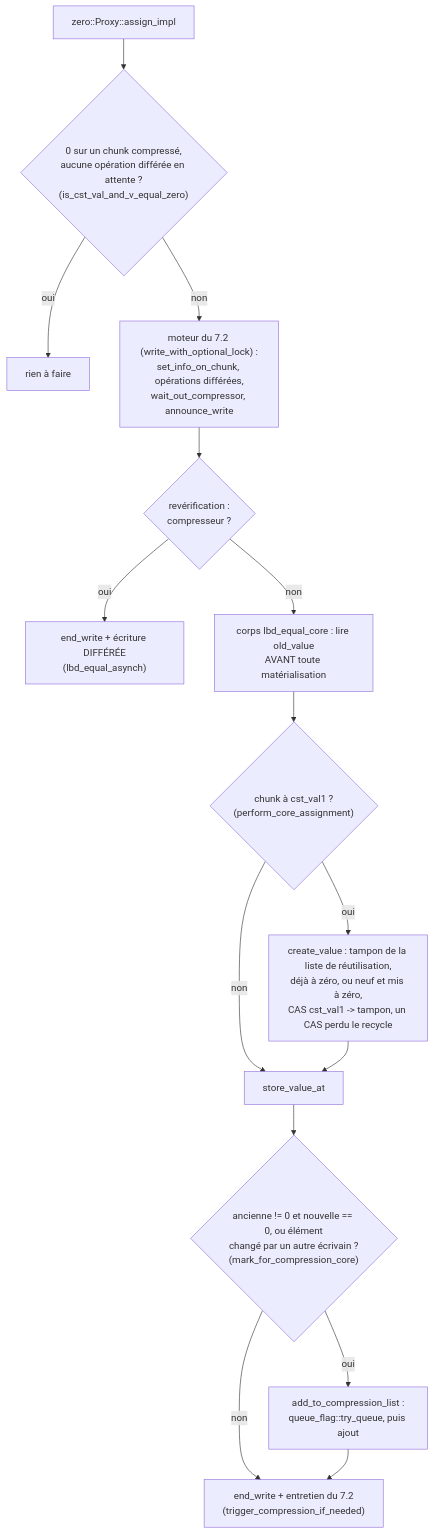
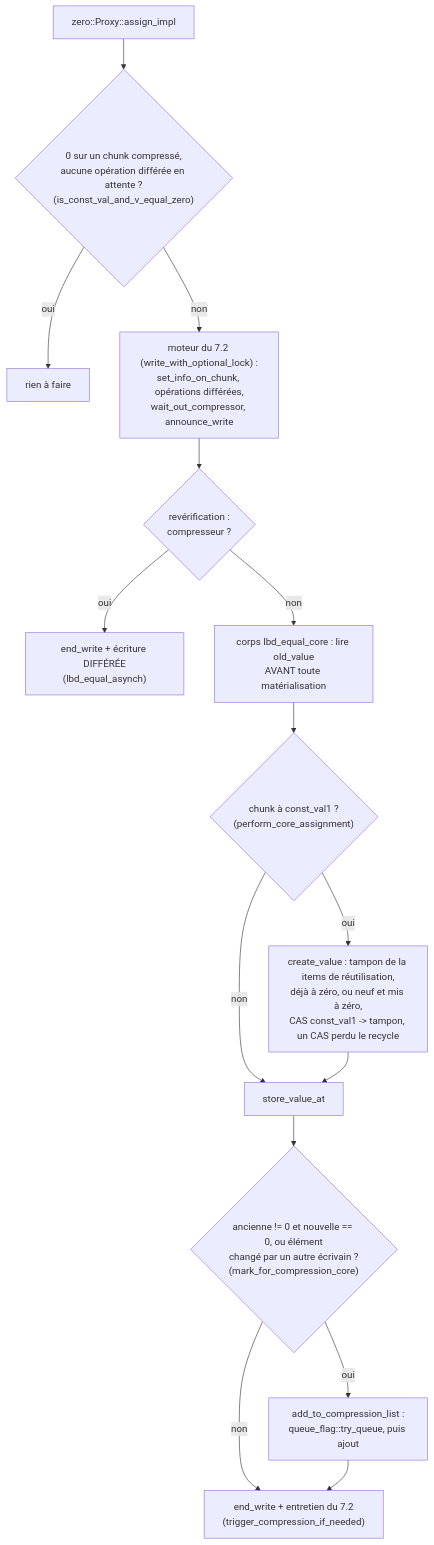
Before and after one commit to cea-hpc/shrink-array: the first of 2 diagrams in docs/algo_zero_fr.md, drawn with Mermaid. The commit also changed other lines of this file and 244 other files, not shown here.

````diff
--- a/docs/algo_zero_fr.md
+++ b/docs/algo_zero_fr.md
@@ -60,17 +60,17 @@
 ```mermaid
 flowchart TD
-    A["zero::Proxy::assign_impl"] --> B{"0 sur un chunk compressé,<br/>aucune opération différée en attente ?<br/>(is_cst_val_and_v_equal_zero)"}
+    A["zero::Proxy::assign_impl"] --> B{"0 sur un chunk compressé,<br/>aucune opération différée en attente ?<br/>(is_const_val_and_v_equal_zero)"}
     B -->|oui| B1["rien à faire"]
     B -->|non| C["moteur du 7.2 (write_with_optional_lock) :<br/>set_info_on_chunk, opérations différées,<br/>wait_out_compressor, announce_write"]
     C --> D{"revérification :<br/>compresseur ?"}
     D -->|oui| D1["end_write + écriture DIFFÉRÉE<br/>(lbd_equal_asynch)"]
     D -->|non| E["corps lbd_equal_core : lire old_value<br/>AVANT toute matérialisation"]
-    E --> F{"chunk à cst_val1 ?<br/>(perform_core_assignment)"}
-    F -->|oui| G["create_value : tampon de la liste de réutilisation,<br/>déjà à zéro, ou neuf et mis à zéro,<br/>CAS cst_val1 -> tampon, un CAS perdu le recycle"]
+    E --> F{"chunk à const_val1 ?<br/>(perform_core_assignment)"}
+    F -->|oui| G["create_value : tampon de la items de réutilisation,<br/>déjà à zéro, ou neuf et mis à zéro,<br/>CAS const_val1 -> tampon, un CAS perdu le recycle"]
     F -->|non| H
     G --> H["store_value_at"]
     H --> I{"ancienne != 0 et nouvelle == 0, ou élément<br/>changé par un autre écrivain ?<br/>(mark_for_compression_core)"}
     I -->|oui| J["add_to_compression_list :<br/>queue_flag::try_queue, puis ajout"]
     I -->|non| K
     J --> K["end_write + entretien du 7.2<br/>(trigger_compression_if_needed)"]
 ```
````
